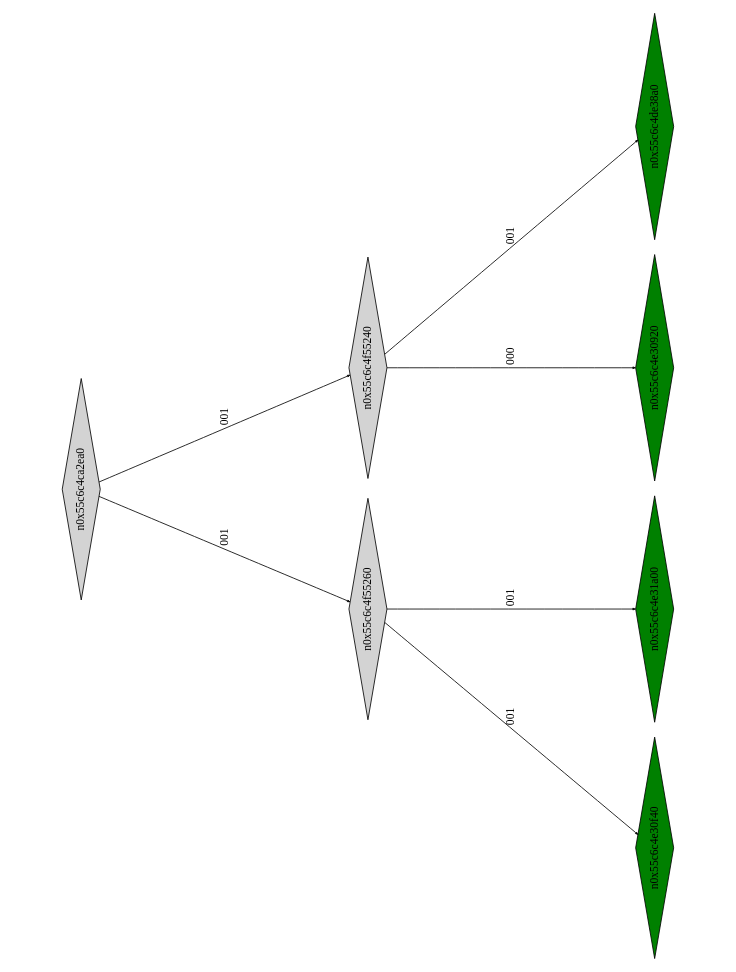
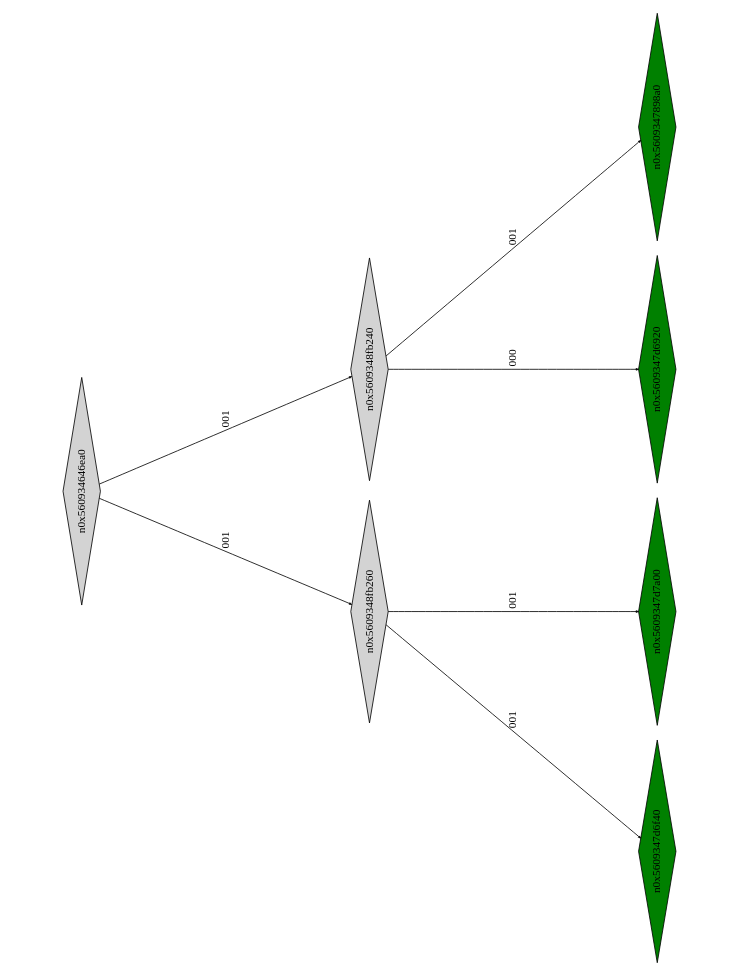
The diagram in montyhall_klee_out/ptree_00000807.dot (Research-Tools-PAVT/PSE-Program-Examples), drawn with Graphviz before and after one commit. The commit also changed 80 other files, not shown here.

```diff
--- a/montyhall_klee_out/ptree_00000807.dot
+++ b/montyhall_klee_out/ptree_00000807.dot
@@ -1,21 +1,21 @@
 digraph G {
 	size="10,7.5";
 	ratio=fill;
 	rotate=90;
 	center = "true";
 	node [style="filled",width=.1,height=.1,fontname="Terminus"]
 	edge [arrowsize=.3]
-	n0x55c6c4ca2ea0 [shape=diamond];
-	n0x55c6c4ca2ea0 -> n0x55c6c4f55260 [label=001];
-	n0x55c6c4ca2ea0 -> n0x55c6c4f55240 [label=001];
-	n0x55c6c4f55240 [shape=diamond];
-	n0x55c6c4f55240 -> n0x55c6c4e30920 [label=000];
-	n0x55c6c4f55240 -> n0x55c6c4de38a0 [label=001];
-	n0x55c6c4de38a0 [shape=diamond,fillcolor=green];
-	n0x55c6c4e30920 [shape=diamond,fillcolor=green];
-	n0x55c6c4f55260 [shape=diamond];
-	n0x55c6c4f55260 -> n0x55c6c4e30f40 [label=001];
-	n0x55c6c4f55260 -> n0x55c6c4e31a00 [label=001];
-	n0x55c6c4e31a00 [shape=diamond,fillcolor=green];
-	n0x55c6c4e30f40 [shape=diamond,fillcolor=green];
+	n0x560934646ea0 [shape=diamond];
+	n0x560934646ea0 -> n0x5609348fb260 [label=001];
+	n0x560934646ea0 -> n0x5609348fb240 [label=001];
+	n0x5609348fb240 [shape=diamond];
+	n0x5609348fb240 -> n0x5609347d6920 [label=000];
+	n0x5609348fb240 -> n0x5609347898a0 [label=001];
+	n0x5609347898a0 [shape=diamond,fillcolor=green];
+	n0x5609347d6920 [shape=diamond,fillcolor=green];
+	n0x5609348fb260 [shape=diamond];
+	n0x5609348fb260 -> n0x5609347d6f40 [label=001];
+	n0x5609348fb260 -> n0x5609347d7a00 [label=001];
+	n0x5609347d7a00 [shape=diamond,fillcolor=green];
+	n0x5609347d6f40 [shape=diamond,fillcolor=green];
 }
```
